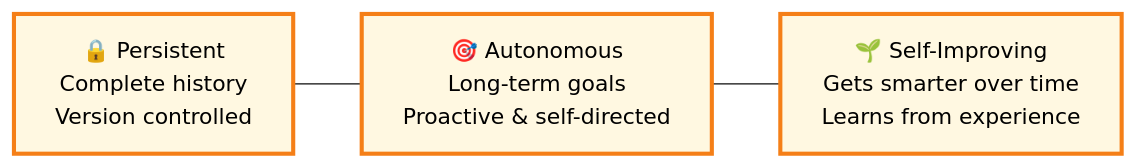
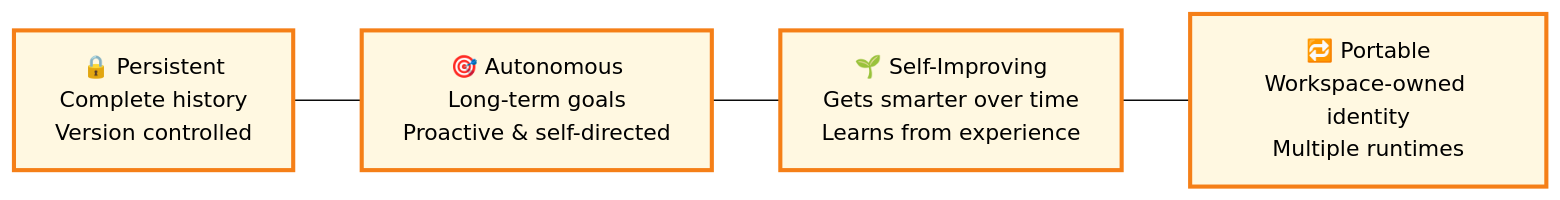
One commit to tianhm/gptme changed the first of 3 diagrams in docs/_sources/agents.rst. Above: the diagram before and after it, drawn with Mermaid (base theme). The commit also changed other lines of this file and 9 other files, not shown here.

```diff
--- a/docs/_sources/agents.rst
+++ b/docs/_sources/agents.rst
@@ -14,12 +14,13 @@
 .. mermaid::
 
    graph LR
        Persistent[🔒 Persistent<br/>Complete history<br/>Version controlled]
        Autonomous[🎯 Autonomous<br/>Long-term goals<br/>Proactive & self-directed]
        Evolving[🌱 Self-Improving<br/>Gets smarter over time<br/>Learns from experience]
+       Portable[🔁 Portable<br/>Workspace-owned identity<br/>Multiple runtimes]
 
        %% Force left-to-right layout
-       Persistent --- Autonomous --- Evolving
+       Persistent --- Autonomous --- Evolving --- Portable
 
        classDef benefits fill:#fff8e1,stroke:#f57f17,stroke-width:3px,color:#000
-       class Persistent,Autonomous,Evolving benefits
+       class Persistent,Autonomous,Evolving,Portable benefits
```
